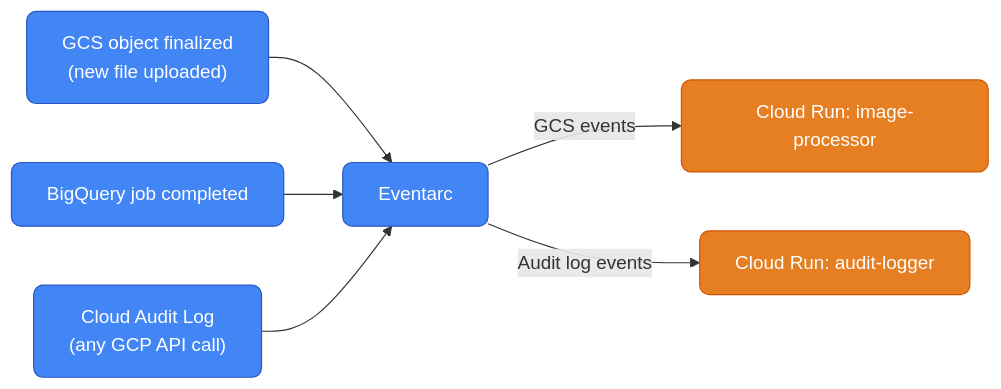
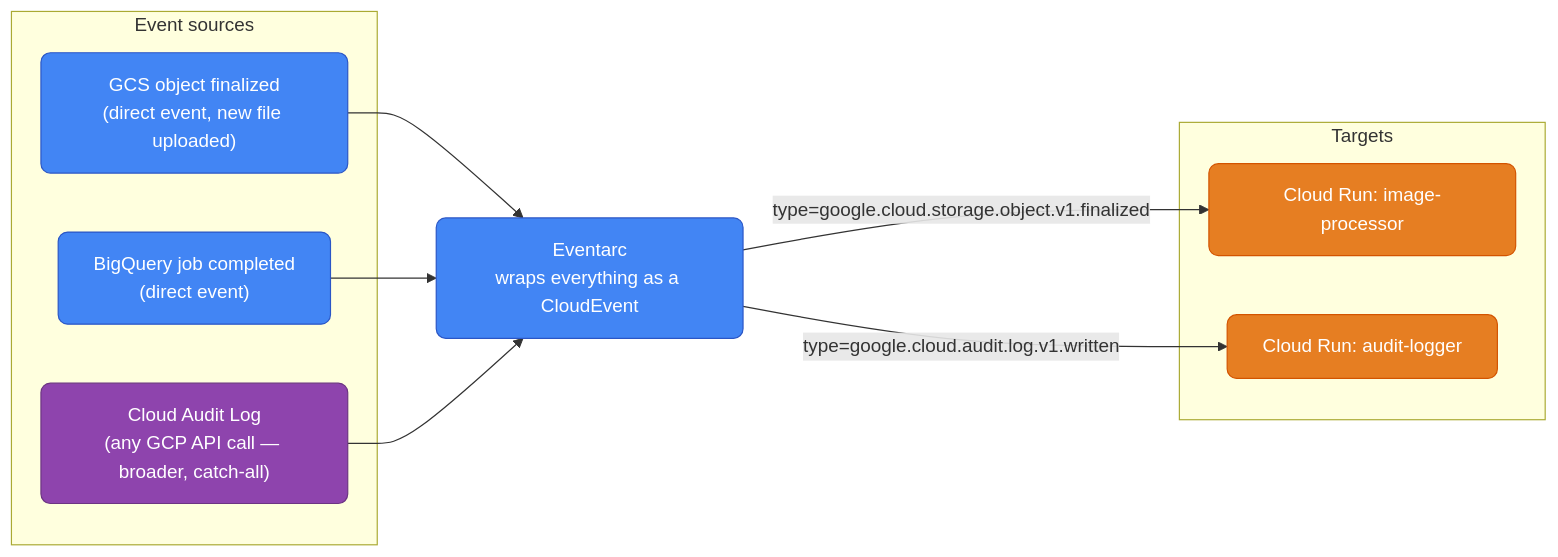
The fourth of 4 diagrams in gcp/messaging.md (deepanshu-rawat6/DevOpsIndex), drawn with Mermaid before and after one commit. The commit also changed other lines of this file and 14 other files, not shown here.

````diff
--- a/gcp/messaging.md
+++ b/gcp/messaging.md
@@ -223,18 +322,25 @@
 ```mermaid
 graph LR
     classDef gcp fill:#4285f4,stroke:#2a56c6,color:#fff,rx:8
     classDef orange fill:#e67e22,stroke:#d35400,color:#fff,rx:8
+    classDef audit fill:#8e44ad,stroke:#6c3483,color:#fff,rx:8
 
-    GCS["GCS object finalized\n(new file uploaded)"]:::gcp
-    BQ["BigQuery job completed"]:::gcp
-    AUDIT["Cloud Audit Log\n(any GCP API call)"]:::gcp
-    EVENTARC["Eventarc"]:::gcp
-    CR1["Cloud Run: image-processor"]:::orange
-    CR2["Cloud Run: audit-logger"]:::orange
+    subgraph SOURCES["Event sources"]
+        GCS["GCS object finalized<br/>(direct event, new file uploaded)"]:::gcp
+        BQ["BigQuery job completed<br/>(direct event)"]:::gcp
+        AUDIT["Cloud Audit Log<br/>(any GCP API call — broader, catch-all)"]:::audit
+    end
+
+    EVENTARC["Eventarc<br/>wraps everything as a CloudEvent"]:::gcp
+
+    subgraph TARGETS["Targets"]
+        CR1["Cloud Run: image-processor"]:::orange
+        CR2["Cloud Run: audit-logger"]:::orange
+    end
 
     GCS --> EVENTARC
     BQ --> EVENTARC
     AUDIT --> EVENTARC
-    EVENTARC -->|"GCS events"| CR1
-    EVENTARC -->|"Audit log events"| CR2
+    EVENTARC -->|"type=google.cloud.storage.object.v1.finalized"| CR1
+    EVENTARC -->|"type=google.cloud.audit.log.v1.written"| CR2
 ```
````
